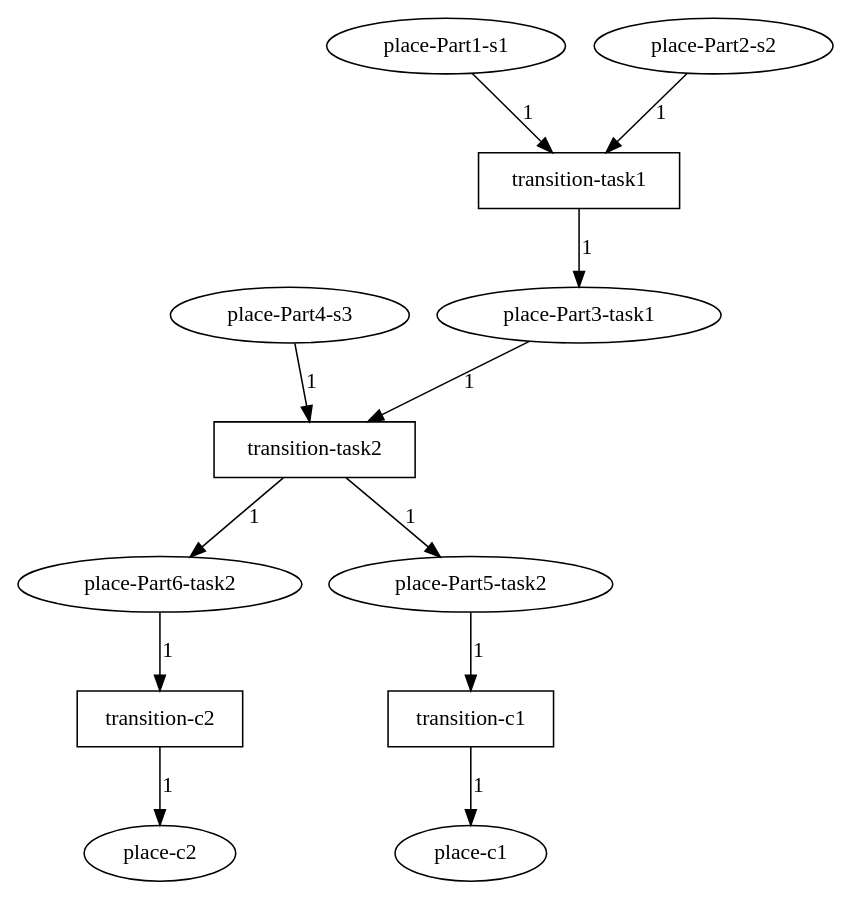
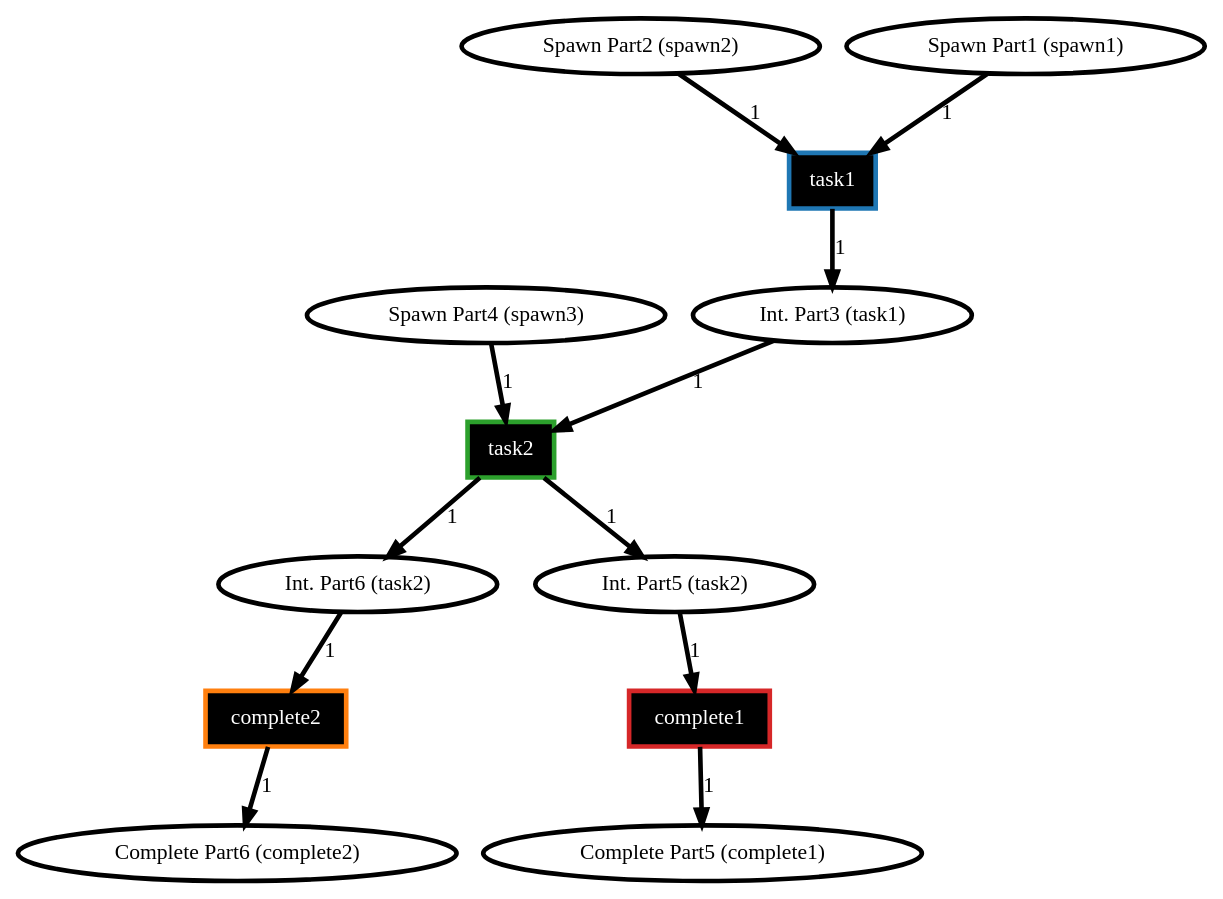
Before and after one commit to Wisc-HCI/allocobot: the diagram in basic.dot, drawn with Graphviz. The commit also changed 7 other files, not shown here.

```diff
--- a/basic.dot
+++ b/basic.dot
@@ -1,37 +1,38 @@
-digraph PRIME {
-// Place place-Part4-s3
-	272993236358750021620488000061311091958 [label="place-Part4-s3"];
-// Place place-c1
-	123403881570288209178917236922312129929 [label="place-c1"];
-// Place place-Part6-task2
-	210826089982144819982147702538009308673 [label="place-Part6-task2"];
-// Place place-Part3-task1
-	71556171842718104811110823590392284564 [label="place-Part3-task1"];
-// Place place-Part1-s1
-	154041460916945528028811359677627477187 [label="place-Part1-s1"];
-// Place place-Part5-task2
-	126173696901286596529482712792543030575 [label="place-Part5-task2"];
-// Place place-c2
-	161547459361593555882105454719116789734 [label="place-c2"];
-// Place place-Part2-s2
-	151536803502727913861960324386701656655 [label="place-Part2-s2"];
-// Transition transition-task1
-	4558398395844329241904439206758391897 [label="transition-task1",shape=box];
-// Transition transition-c1
-	297166122339260304820621707374840613905 [label="transition-c1",shape=box];
-// Transition transition-c2
-	22292648634997030014825785990224121874 [label="transition-c2",shape=box];
-// Transition transition-task2
-	66163116657477006758911193461193150936 [label="transition-task2",shape=box];
-	210826089982144819982147702538009308673 -> 22292648634997030014825785990224121874 [label="1"];
-	22292648634997030014825785990224121874 -> 161547459361593555882105454719116789734 [label="1"];
-	272993236358750021620488000061311091958 -> 66163116657477006758911193461193150936 [label="1"];
-	71556171842718104811110823590392284564 -> 66163116657477006758911193461193150936 [label="1"];
-	66163116657477006758911193461193150936 -> 126173696901286596529482712792543030575 [label="1"];
-	66163116657477006758911193461193150936 -> 210826089982144819982147702538009308673 [label="1"];
-	154041460916945528028811359677627477187 -> 4558398395844329241904439206758391897 [label="1"];
-	151536803502727913861960324386701656655 -> 4558398395844329241904439206758391897 [label="1"];
-	4558398395844329241904439206758391897 -> 71556171842718104811110823590392284564 [label="1"];
-	126173696901286596529482712792543030575 -> 297166122339260304820621707374840613905 [label="1"];
-	297166122339260304820621707374840613905 -> 123403881570288209178917236922312129929 [label="1"];
+digraph Job_1 {
+// Place Int. Part6 (task2)
+	207977322566779479179776193103645023769 [label="Int. Part6 (task2)",style=filled,fillcolor="#FFFFFF",penwidth=3];
+// Place Spawn Part2 (spawn2)
+	63018974869288933728985023870163840710 [label="Spawn Part2 (spawn2)",style=filled,fillcolor="#FFFFFF",penwidth=3];
+// Place Spawn Part4 (spawn3)
+	184981442229250902479746046818993636492 [label="Spawn Part4 (spawn3)",style=filled,fillcolor="#FFFFFF",penwidth=3];
+// Place Complete Part6 (complete2)
+	134948607320230549856773499933025651462 [label="Complete Part6 (complete2)",style=filled,fillcolor="#FFFFFF",penwidth=3];
+// Place Spawn Part1 (spawn1)
+	199868211828822038842688476800673532440 [label="Spawn Part1 (spawn1)",style=filled,fillcolor="#FFFFFF",penwidth=3];
+// Place Int. Part3 (task1)
+	128816871634388558649222932144743341395 [label="Int. Part3 (task1)",style=filled,fillcolor="#FFFFFF",penwidth=3];
+// Place Complete Part5 (complete1)
+	301213248837117333074977687146648545557 [label="Complete Part5 (complete1)",style=filled,fillcolor="#FFFFFF",penwidth=3];
+// Place Int. Part5 (task2)
+	98992170675476233448095949051941850281 [label="Int. Part5 (task2)",style=filled,fillcolor="#FFFFFF",penwidth=3];
+// Transition task1
+	162387685858903302086683195393881758606 [label="task1",shape=box,style=filled,fillcolor="#000000",fontcolor="#FFFFFF",color="#1F77B4",penwidth=3];
+// Transition complete2
+	145709053781521827266114712554681845744 [label="complete2",shape=box,style=filled,fillcolor="#000000",fontcolor="#FFFFFF",color="#FF7F0E",penwidth=3];
+// Transition task2
+	26365149019378388333821904493890224378 [label="task2",shape=box,style=filled,fillcolor="#000000",fontcolor="#FFFFFF",color="#2CA02C",penwidth=3];
+// Transition complete1
+	289521498187609716337719093244377784723 [label="complete1",shape=box,style=filled,fillcolor="#000000",fontcolor="#FFFFFF",color="#D62728",penwidth=3];
+	63018974869288933728985023870163840710 -> 162387685858903302086683195393881758606 [label="1",color="#000000",penwidth=3];
+	199868211828822038842688476800673532440 -> 162387685858903302086683195393881758606 [label="1",color="#000000",penwidth=3];
+	162387685858903302086683195393881758606 -> 128816871634388558649222932144743341395 [label="1",color="#000000",penwidth=3];
+	207977322566779479179776193103645023769 -> 145709053781521827266114712554681845744 [label="1",color="#000000",penwidth=3];
+	145709053781521827266114712554681845744 -> 134948607320230549856773499933025651462 [label="1",color="#000000",penwidth=3];
+	184981442229250902479746046818993636492 -> 26365149019378388333821904493890224378 [label="1",color="#000000",penwidth=3];
+	128816871634388558649222932144743341395 -> 26365149019378388333821904493890224378 [label="1",color="#000000",penwidth=3];
+	26365149019378388333821904493890224378 -> 98992170675476233448095949051941850281 [label="1",color="#000000",penwidth=3];
+	26365149019378388333821904493890224378 -> 207977322566779479179776193103645023769 [label="1",color="#000000",penwidth=3];
+	98992170675476233448095949051941850281 -> 289521498187609716337719093244377784723 [label="1",color="#000000",penwidth=3];
+	289521498187609716337719093244377784723 -> 301213248837117333074977687146648545557 [label="1",color="#000000",penwidth=3];
+overlap=false
 }
```
